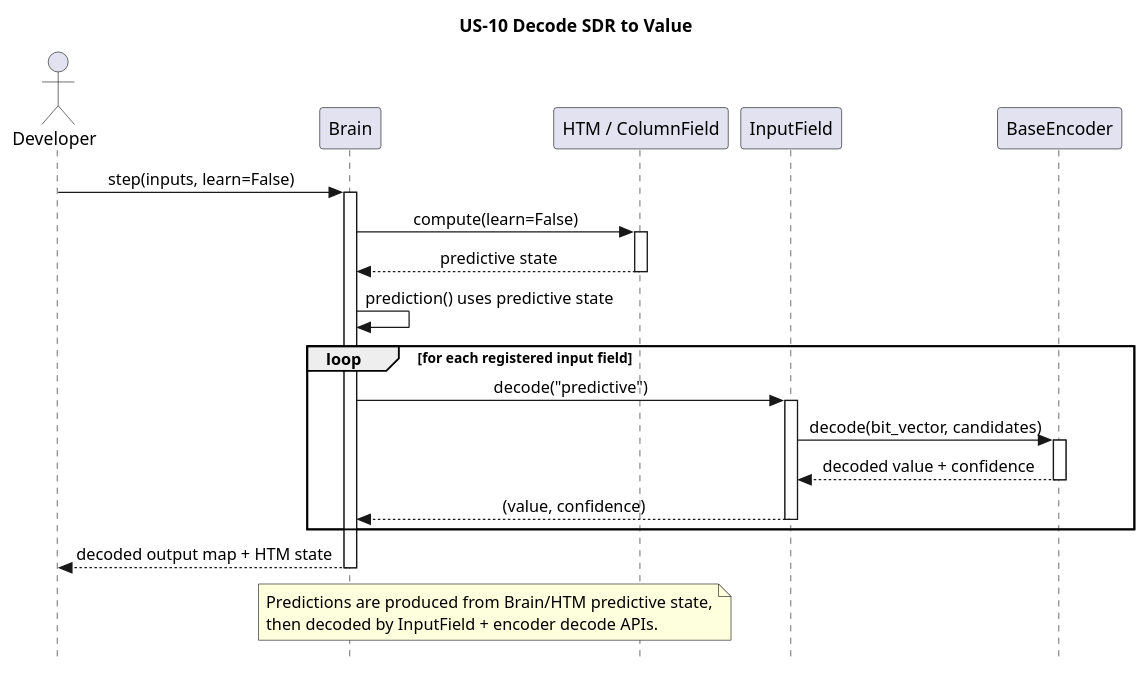
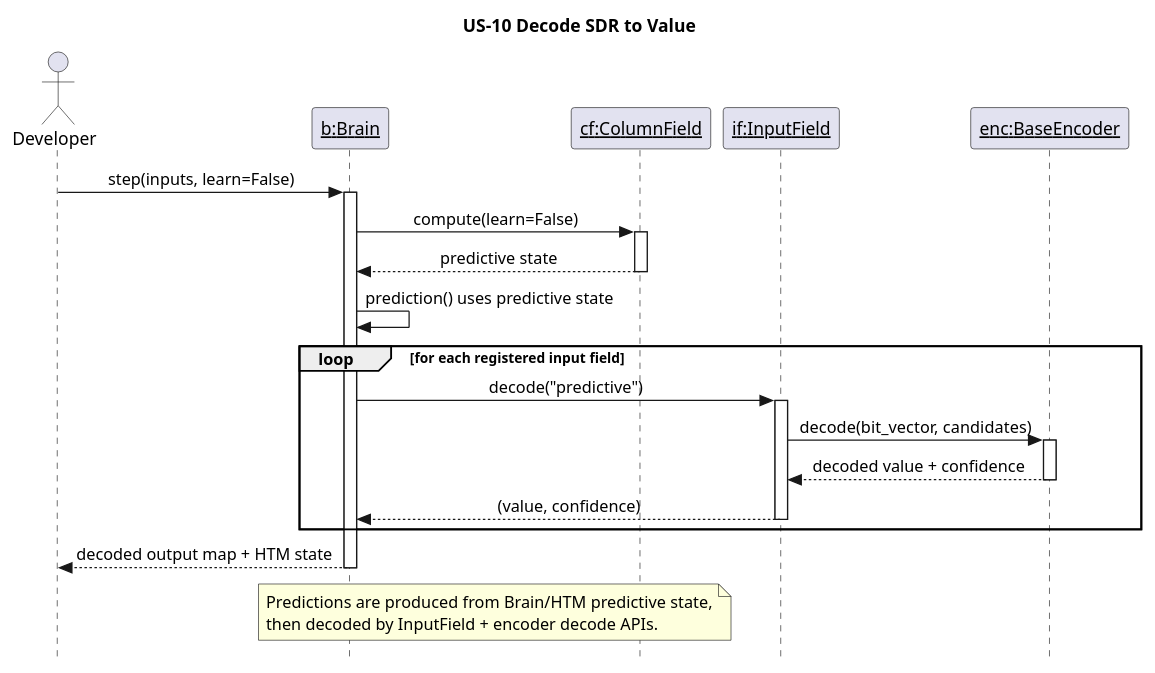
One commit to egrembocki/htmrl changed the diagram in docs/puml/US/US-10.puml. Above: the diagram before and after it, drawn with PlantUML. The commit also changed 8 other files, not shown here.

```diff
--- a/docs/puml/US/US-10.puml
+++ b/docs/puml/US/US-10.puml
@@ -1,39 +1,39 @@
 @startuml
 skinparam style strictuml
 skinparam sequenceMessageAlign center
 skinparam responseMessageBelowArrow true
 
 title US-10 Decode SDR to Value
 actor Developer as Dev
-participant "Brain" as BR
-participant "HTM / ColumnField" as HTM
-participant "InputField" as IF
-participant "BaseEncoder" as ENC
+participant "<u>b:Brain</u>" as BR
+participant "<u>cf:ColumnField</u>" as HTM
+participant "<u>if:InputField</u>" as IF
+participant "<u>enc:BaseEncoder</u>" as ENC
 
 Dev -> BR: step(inputs, learn=False)
 activate BR
 BR -> HTM: compute(learn=False)
 activate HTM
 HTM --> BR: predictive state
 deactivate HTM
 
 BR -> BR: prediction() uses predictive state
 loop for each registered input field
   BR -> IF: decode("predictive")
   activate IF
   IF -> ENC: decode(bit_vector, candidates)
   activate ENC
   ENC --> IF: decoded value + confidence
   deactivate ENC
   IF --> BR: (value, confidence)
   deactivate IF
 end
 
 BR --> Dev: decoded output map + HTM state
 deactivate BR
 
 note over BR,HTM
 Predictions are produced from Brain/HTM predictive state,
 then decoded by InputField + encoder decode APIs.
 end note
 @enduml
```
